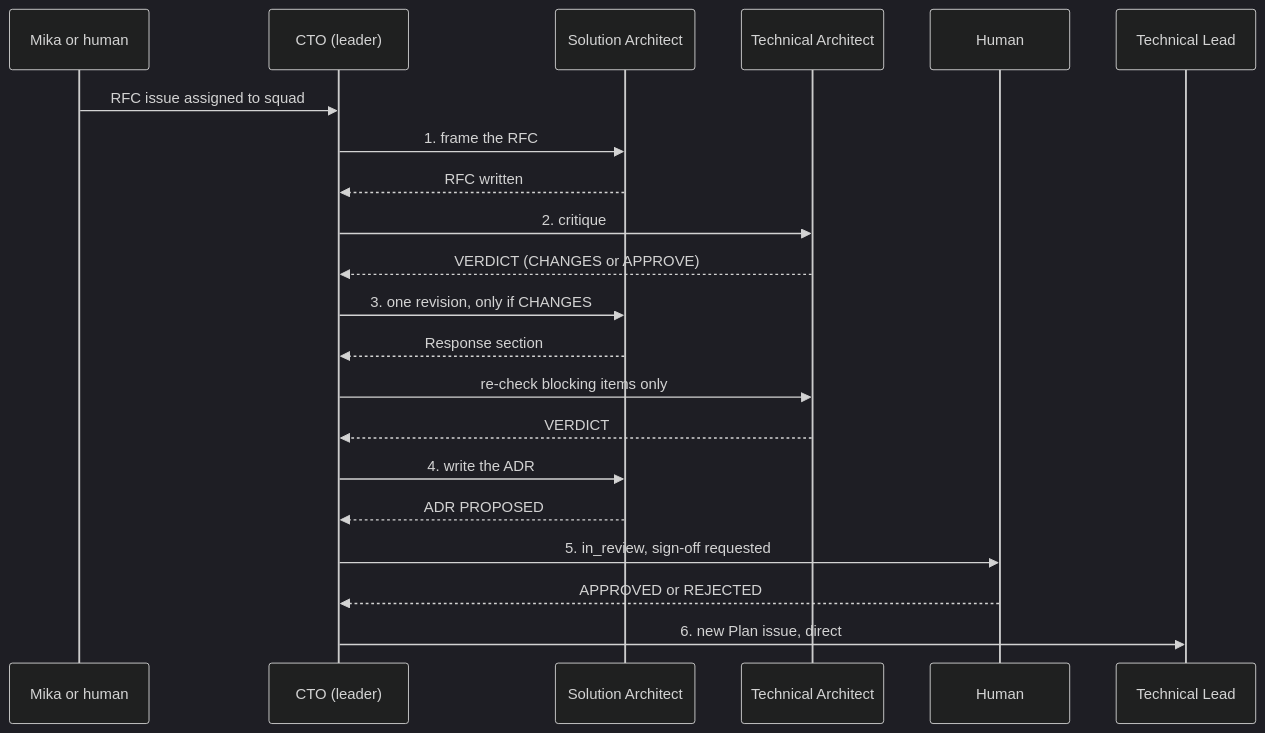
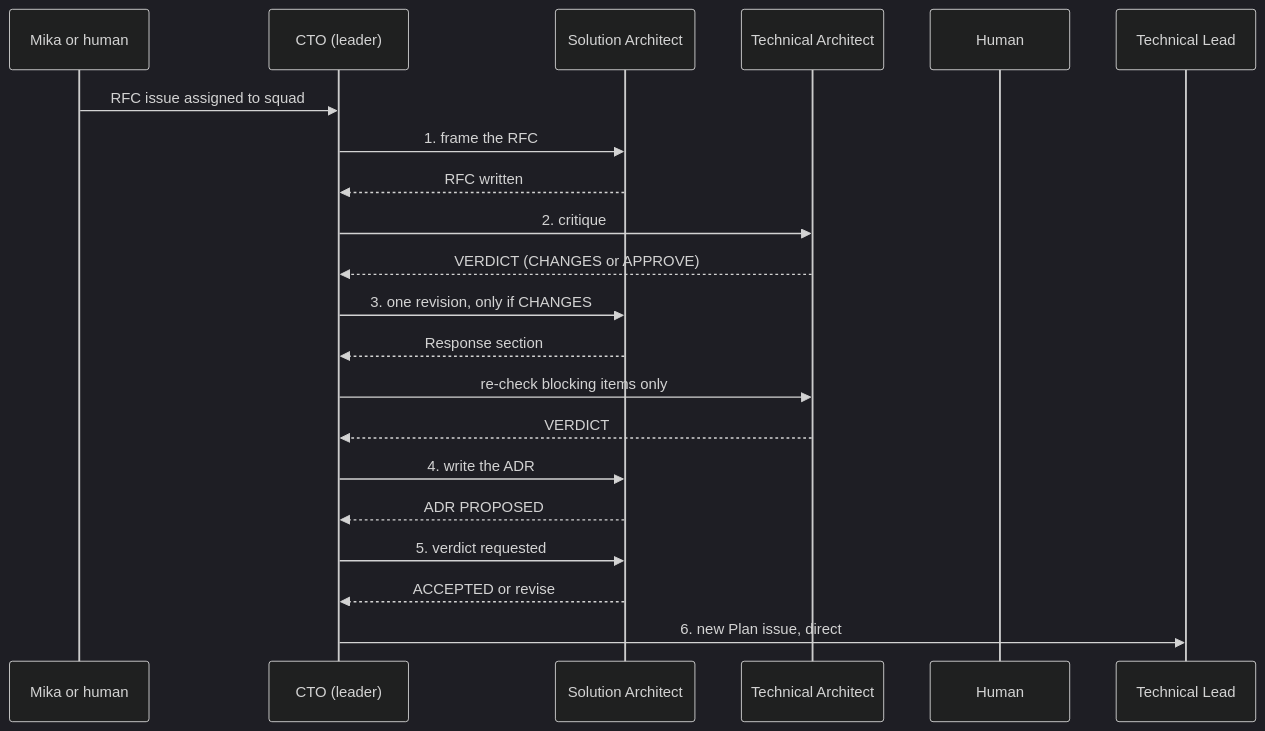
One commit to Navaladi2019/TicketingSystem changed the diagram in docs/architecture/skills/design-triad/SKILL.md. Above: the diagram before and after it, drawn with Mermaid (dark theme). The commit also changed other lines of this file and 6 other files, not shown here.

````diff
--- a/docs/architecture/skills/design-triad/SKILL.md
+++ b/docs/architecture/skills/design-triad/SKILL.md
@@ -21,23 +21,23 @@
 ```mermaid
 sequenceDiagram
   participant M as Mika or human
   participant C as CTO (leader)
   participant SA as Solution Architect
   participant TA as Technical Architect
   participant H as Human
   participant TL as Technical Lead
   M->>C: RFC issue assigned to squad
   C->>SA: 1. frame the RFC
   SA-->>C: RFC written
   C->>TA: 2. critique
   TA-->>C: VERDICT (CHANGES or APPROVE)
   C->>SA: 3. one revision, only if CHANGES
   SA-->>C: Response section
   C->>TA: re-check blocking items only
   TA-->>C: VERDICT
   C->>SA: 4. write the ADR
   SA-->>C: ADR PROPOSED
-  C->>H: 5. in_review, sign-off requested
-  H-->>C: APPROVED or REJECTED
+  C->>SA: 5. verdict requested
+  SA-->>C: ACCEPTED or revise
   C->>TL: 6. new Plan issue, direct
 ```
````
